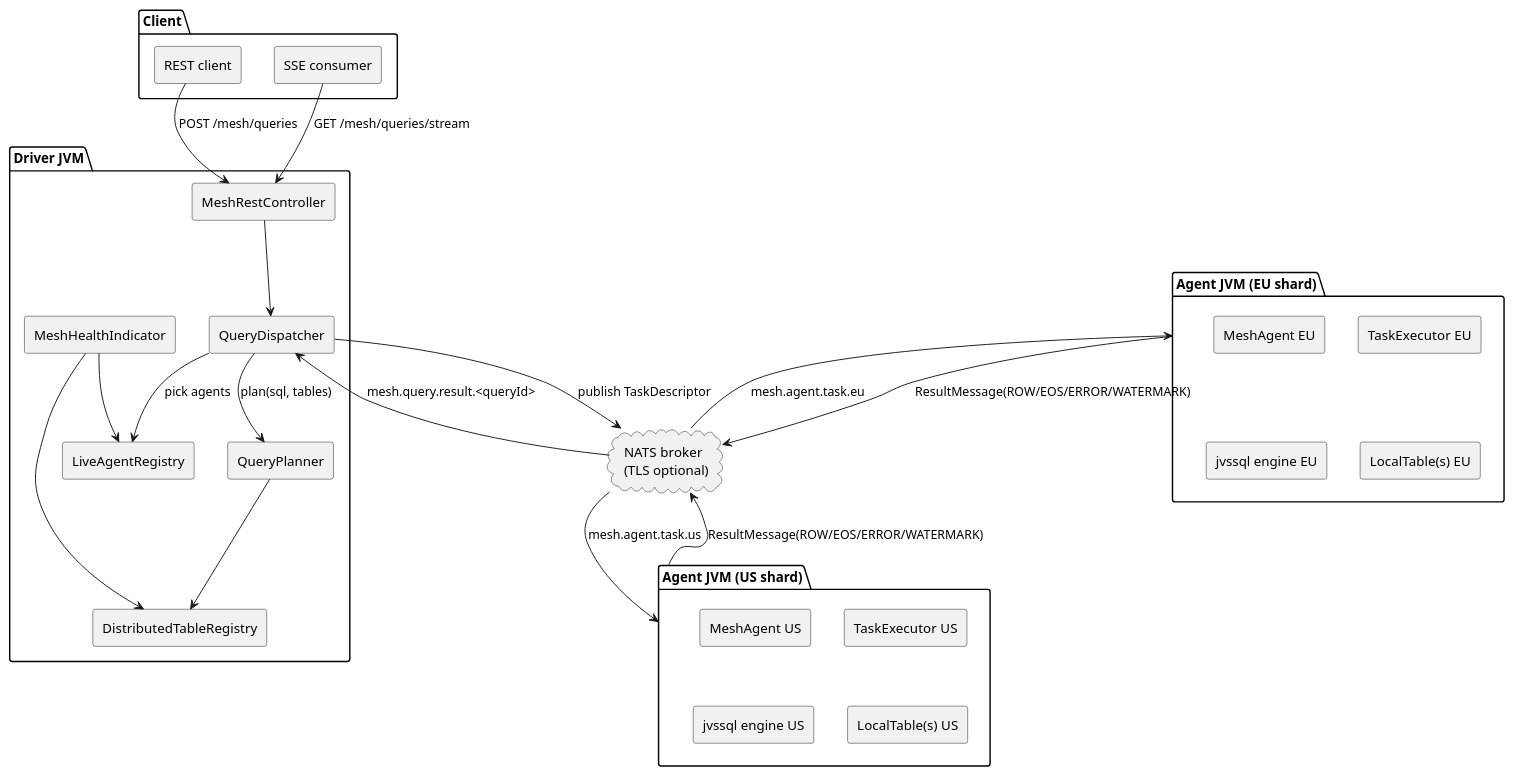
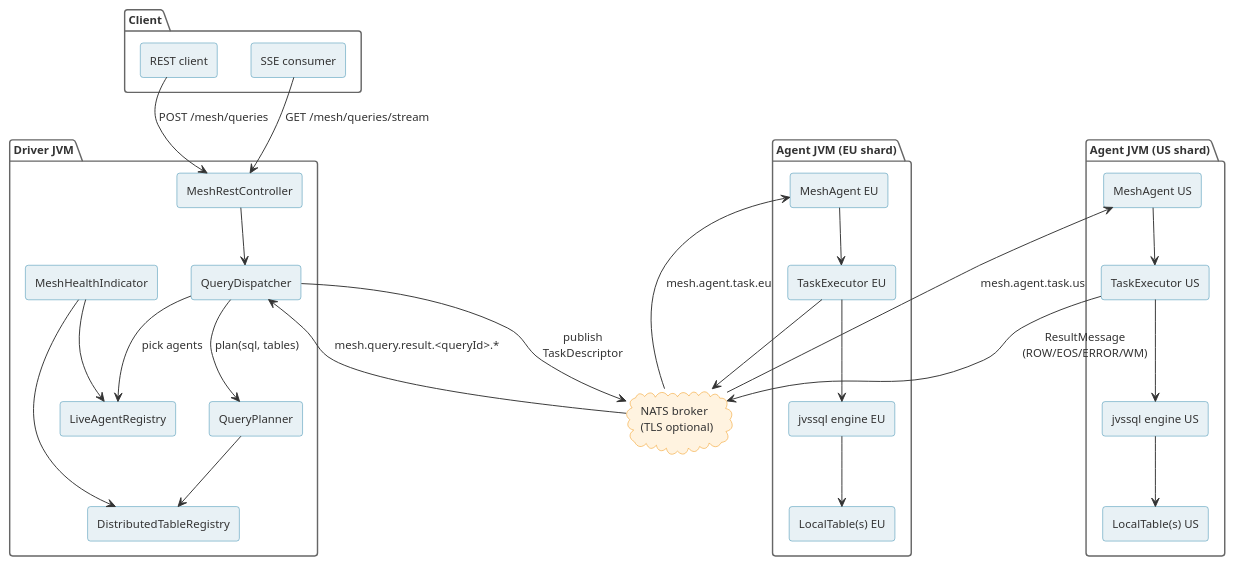
The first of 10 diagrams in docs/user-guide/mesh-user-guide.adoc (geekychris/hitorro-mesh-core), drawn with PlantUML before and after one commit. The commit also changed other lines of this file, not shown here.

```diff
--- a/docs/user-guide/mesh-user-guide.adoc
+++ b/docs/user-guide/mesh-user-guide.adoc
@@ -78,13 +172,40 @@
 [plantuml, mesh-architecture, svg]
 ....
 @startuml
-skinparam componentStyle rectangle
 skinparam backgroundColor transparent
 skinparam defaultFontName Helvetica
+skinparam defaultFontSize 12
+skinparam roundCorner 6
+skinparam shadowing false
+skinparam ArrowColor #333
+skinparam ArrowFontColor #333
+skinparam BorderColor #444
+skinparam componentStyle rectangle
+skinparam component {
+  BackgroundColor #E8F1F5
+  BorderColor #2E86AB
+  FontColor #333
+}
+skinparam package {
+  BackgroundColor transparent
+  BorderColor #666
+  FontColor #333
+  FontStyle bold
+}
+skinparam database {
+  BackgroundColor #FFF3E0
+  BorderColor #F18F01
+  FontColor #333
+}
+skinparam cloud {
+  BackgroundColor #FFF3E0
+  BorderColor #F18F01
+  FontColor #333
+}
 
 package "Client" {
-  [REST client]
-  [SSE consumer]
+  [REST client] as REST
+  [SSE consumer] as SSE
 }
 
 cloud "NATS broker\n(TLS optional)" as nats
@@ -99,31 +220,37 @@
 }
 
 package "Agent JVM (US shard)" as agentUs {
-  [MeshAgent US]
-  [TaskExecutor US]
-  [jvssql engine US]
-  [LocalTable(s) US]
+  [MeshAgent US] as ma_us
+  [TaskExecutor US] as te_us
+  [jvssql engine US] as jvs_us
+  [LocalTable(s) US] as lt_us
 }
 
 package "Agent JVM (EU shard)" as agentEu {
-  [MeshAgent EU]
-  [TaskExecutor EU]
-  [jvssql engine EU]
-  [LocalTable(s) EU]
+  [MeshAgent EU] as ma_eu
+  [TaskExecutor EU] as te_eu
+  [jvssql engine EU] as jvs_eu
+  [LocalTable(s) EU] as lt_eu
 }
 
-[REST client] --> rest : POST /mesh/queries
-[SSE consumer] --> rest : GET /mesh/queries/stream
+REST --> rest : POST /mesh/queries
+SSE --> rest : GET /mesh/queries/stream
 rest --> dispatcher
 dispatcher --> planner : plan(sql, tables)
 planner --> tableReg
 dispatcher --> agentReg : pick agents
-dispatcher --> nats : publish TaskDescriptor
-nats --> agentUs : mesh.agent.task.us
-nats --> agentEu : mesh.agent.task.eu
-agentUs --> nats : ResultMessage(ROW/EOS/ERROR/WATERMARK)
-agentEu --> nats : ResultMessage(ROW/EOS/ERROR/WATERMARK)
-nats --> dispatcher : mesh.query.result.<queryId>
+dispatcher --> nats : publish\nTaskDescriptor
+nats --> ma_us : mesh.agent.task.us
+nats --> ma_eu : mesh.agent.task.eu
+ma_us --> te_us
+te_us --> jvs_us
+jvs_us --> lt_us
+te_us --> nats : ResultMessage\n(ROW/EOS/ERROR/WM)
+ma_eu --> te_eu
+te_eu --> jvs_eu
+jvs_eu --> lt_eu
+te_eu --> nats
+nats --> dispatcher : mesh.query.result.<queryId>.*
 health --> agentReg
 health --> tableReg
 
```
